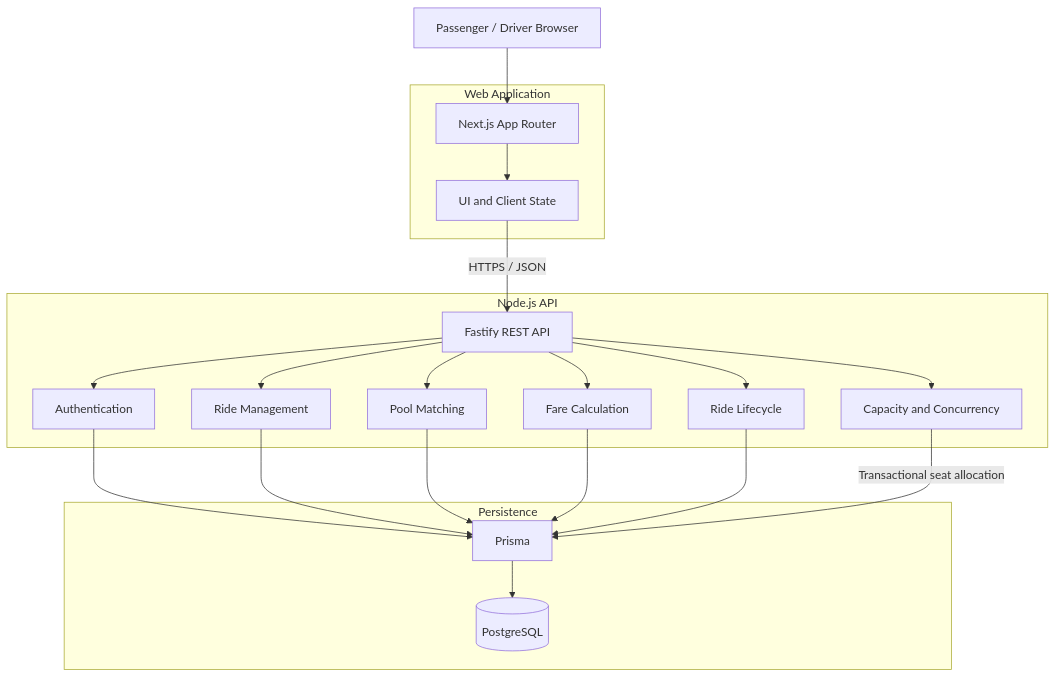
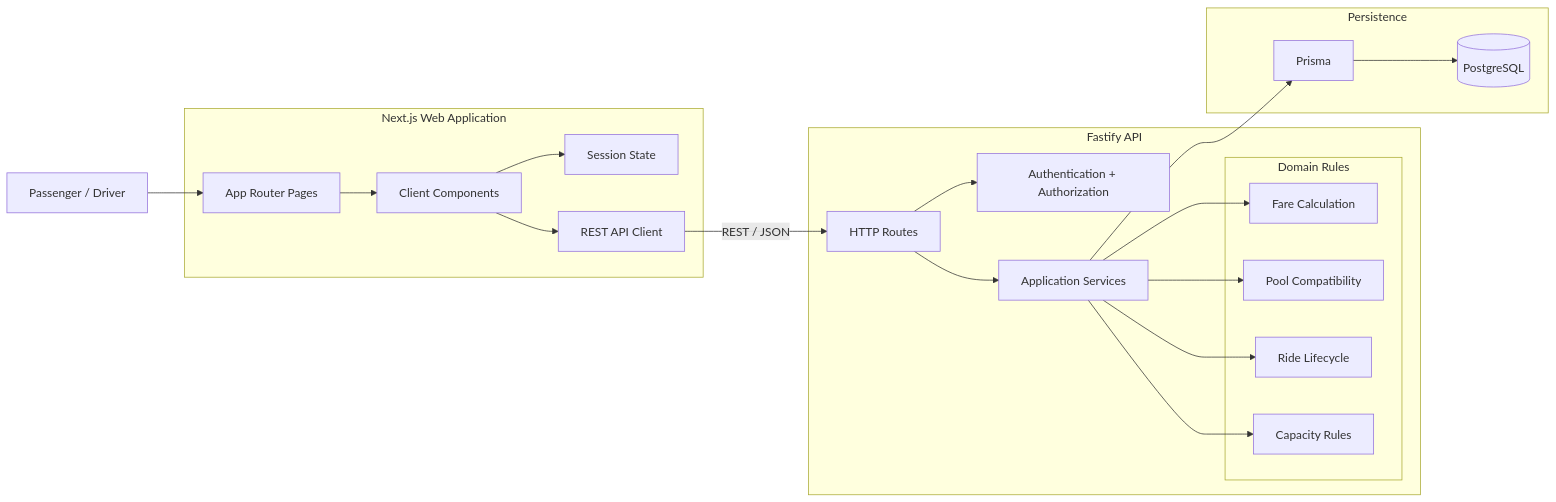
One commit to sajedur-me/dhaka-tesla-pool changed the first of 6 diagrams in docs/architecture/system-design.md. Above: the diagram before and after it, drawn with Mermaid. The commit also changed other lines of this file and 2 other files, not shown here.

Commit message:
docs(project): document architecture and assessment setup

````diff
--- a/docs/architecture/system-design.md
+++ b/docs/architecture/system-design.md
@@ -9,44 +9,46 @@
 ```mermaid
-flowchart TD
-    U[Passenger / Driver Browser]
+flowchart LR
+    User[Passenger / Driver]
 
-    subgraph WEB[Web Application]
-        N[Next.js App Router]
-        UI[UI and Client State]
+    subgraph WEB[Next.js Web Application]
+        Pages[App Router Pages]
+        UI[Client Components]
+        Session[Session State]
+        Client[REST API Client]
     end
 
-    subgraph API[Node.js API]
-        F[Fastify REST API]
-        AUTH[Authentication]
-        RIDES[Ride Management]
-        MATCH[Pool Matching]
-        FARE[Fare Calculation]
-        LIFE[Ride Lifecycle]
-        CAP[Capacity and Concurrency]
+    subgraph API[Fastify API]
+        Routes[HTTP Routes]
+        Auth[Authentication + Authorization]
+        Services[Application Services]
+
+        subgraph DOMAIN[Domain Rules]
+            Fare[Fare Calculation]
+            Pooling[Pool Compatibility]
+            Lifecycle[Ride Lifecycle]
+            Capacity[Capacity Rules]
+        end
     end
 
     subgraph DATA[Persistence]
-        P[Prisma]
+        Prisma[Prisma]
         DB[(PostgreSQL)]
     end
 
-    U --> N
-    N --> UI
-    UI -->|HTTPS / JSON| F
+    User --> Pages
+    Pages --> UI
+    UI --> Session
+    UI --> Client
+    Client -->|REST / JSON| Routes
 
-    F --> AUTH
-    F --> RIDES
-    F --> MATCH
-    F --> FARE
-    F --> LIFE
-    F --> CAP
+    Routes --> Auth
+    Routes --> Services
 
-    AUTH --> P
-    RIDES --> P
-    MATCH --> P
-    FARE --> P
-    LIFE --> P
-    CAP -->|Transactional seat allocation| P
+    Services --> Fare
+    Services --> Pooling
+    Services --> Lifecycle
+    Services --> Capacity
+    Services --> Prisma
 
-    P --> DB
+    Prisma --> DB
 ```
````
